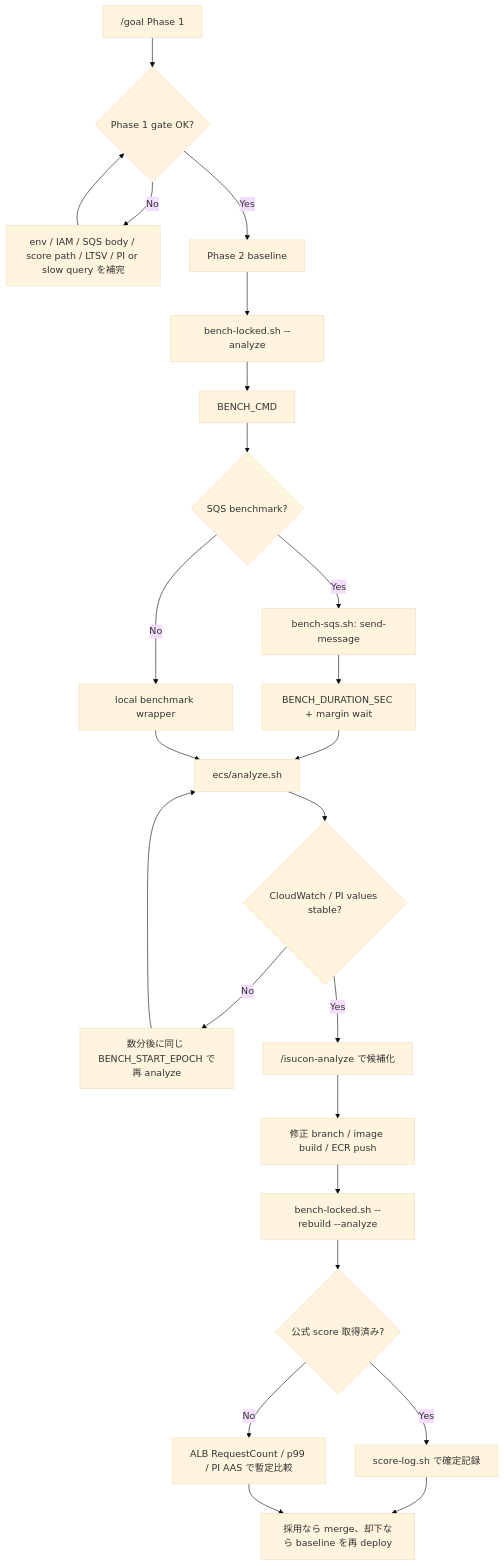
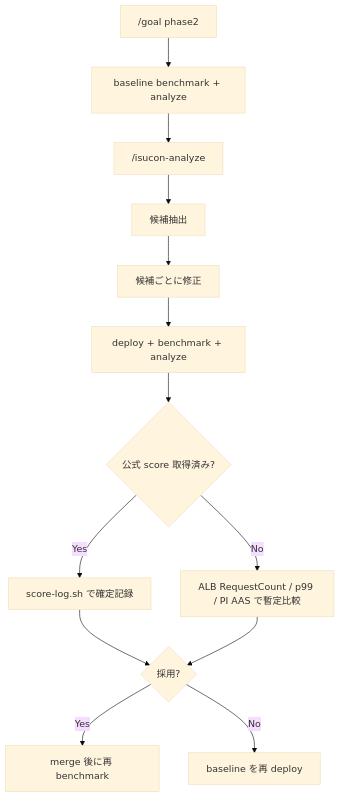
One commit to TomonariH/isucon changed the diagram in README.md. Above: the diagram before and after it, drawn with Mermaid (base theme). The commit also changed other lines of this file, not shown here.

Commit message:
Trim ECS Fargate README flow

````diff
--- a/README.md
+++ b/README.md
@@ -321,26 +277,15 @@
 ```mermaid
 flowchart TD
-  A["/goal Phase 1"] --> B{"Phase 1 gate OK?"}
-  B -- "No" --> C["env / IAM / SQS body / score path / LTSV / PI or slow query を補完"]
-  C --> B
-  B -- "Yes" --> D["Phase 2 baseline"]
-  D --> E["bench-locked.sh --analyze"]
-  E --> F["BENCH_CMD"]
-  F --> G{"SQS benchmark?"}
-  G -- "Yes" --> H["bench-sqs.sh: send-message"]
-  H --> I["BENCH_DURATION_SEC + margin wait"]
-  G -- "No" --> J["local benchmark wrapper"]
-  I --> K["ecs/analyze.sh"]
-  J --> K
-  K --> L{"CloudWatch / PI values stable?"}
-  L -- "No" --> M["数分後に同じ BENCH_START_EPOCH で再 analyze"]
-  M --> K
-  L -- "Yes" --> N["/isucon-analyze で候補化"]
-  N --> O["修正 branch / image build / ECR push"]
-  O --> P["bench-locked.sh --rebuild --analyze"]
-  P --> Q{"公式 score 取得済み?"}
-  Q -- "Yes" --> R["score-log.sh で確定記録"]
-  Q -- "No" --> S["ALB RequestCount / p99 / PI AAS で暫定比較"]
-  R --> T["採用なら merge、却下なら baseline を再 deploy"]
-  S --> T
+  A["/goal phase2"] --> B["baseline benchmark + analyze"]
+  B --> C["/isucon-analyze"]
+  C --> D["候補抽出"]
+  D --> E["候補ごとに修正"]
+  E --> F["deploy + benchmark + analyze"]
+  F --> G{"公式 score 取得済み?"}
+  G -- "Yes" --> H["score-log.sh で確定記録"]
+  G -- "No" --> I["ALB RequestCount / p99 / PI AAS で暫定比較"]
+  H --> J{"採用?"}
+  I --> J
+  J -- "Yes" --> K["merge 後に再 benchmark"]
+  J -- "No" --> L["baseline を再 deploy"]
 ```
````
